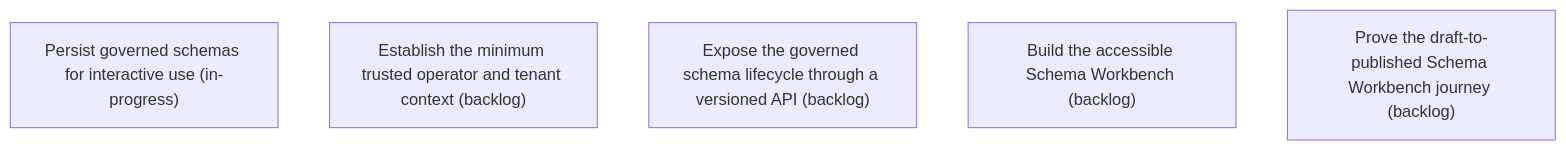
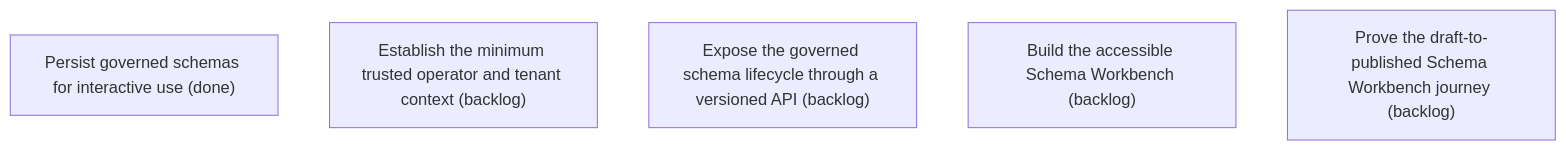
The diagram in .skyhook/plan/epics/37GEDS1AHPKD75TVFA4TGN1VD4.md (asadayoub/Evidentia), drawn with Mermaid before and after one commit. The commit also changed other lines of this file and 50 other files, not shown here.

Commit message:
chore(skyhook): complete schema persistence story

````diff
--- a/.skyhook/plan/epics/37GEDS1AHPKD75TVFA4TGN1VD4.md
+++ b/.skyhook/plan/epics/37GEDS1AHPKD75TVFA4TGN1VD4.md
@@ -24,8 +24,8 @@
 ```mermaid
 flowchart TD
-    0VJ9SHA39TA291D8QXB0TQS3HQ["Persist governed schemas for interactive use (in-progress)"]
+    0VJ9SHA39TA291D8QXB0TQS3HQ["Persist governed schemas for interactive use (done)"]
     N1ZNPJWFZYPV0MVB8FP137GRJP["Establish the minimum trusted operator and tenant context (backlog)"]
     X51S43NTMRW5ASYSKJBF7FW845["Expose the governed schema lifecycle through a versioned API (backlog)"]
     H98W5WTJBWT8EY0Q10P3KPCEEB["Build the accessible Schema Workbench (backlog)"]
     265YM4FNANJAH2J338BKAWFXDM["Prove the draft-to-published Schema Workbench journey (backlog)"]
 ```
````
